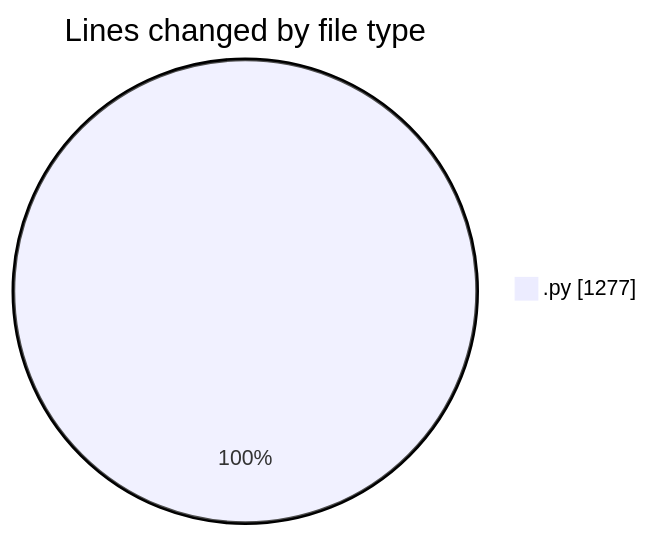
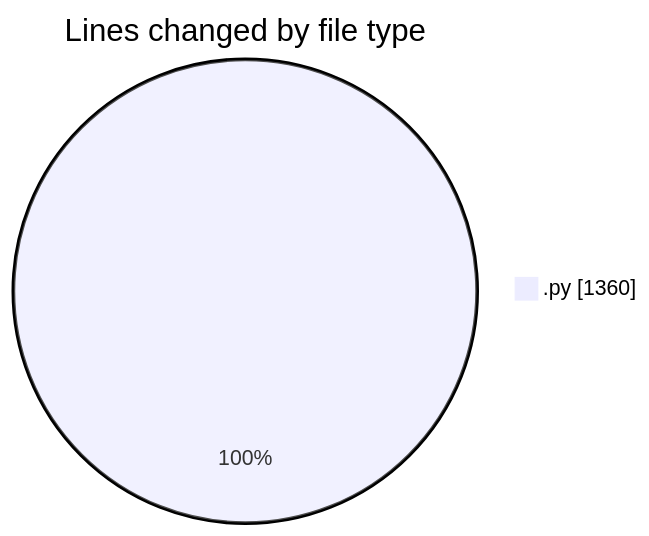
One commit to MatusMokan/code-tracking changed the first of 2 diagrams in 2025-03-26/myws__workspace_/README.md. Above: the diagram before and after it, drawn with Mermaid. The commit also changed other lines of this file and 1 other file, not shown here.

````diff
--- a/2025-03-26/myws__workspace_/README.md
+++ b/2025-03-26/myws__workspace_/README.md
@@ -20,5 +20,5 @@
 ```mermaid
 pie showData
 title Lines changed by file type
-".py" : 1277
+".py" : 1360
 ```
````
